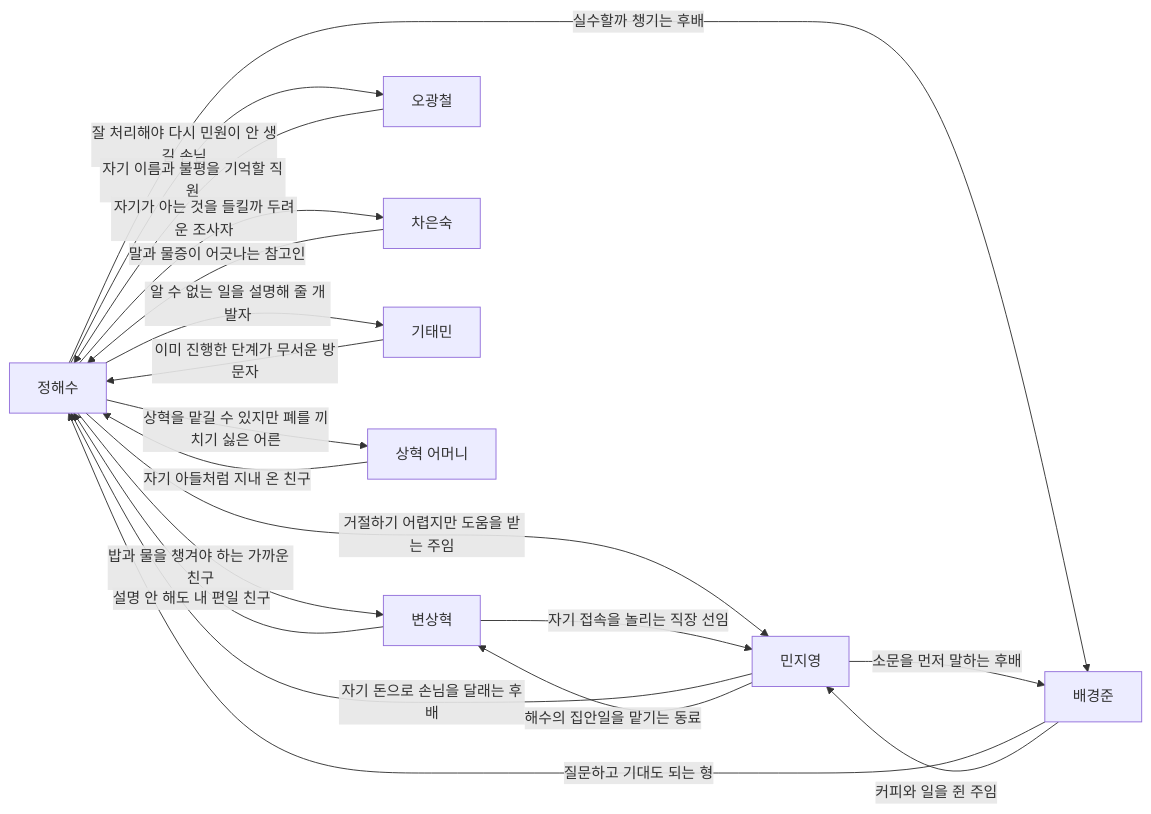
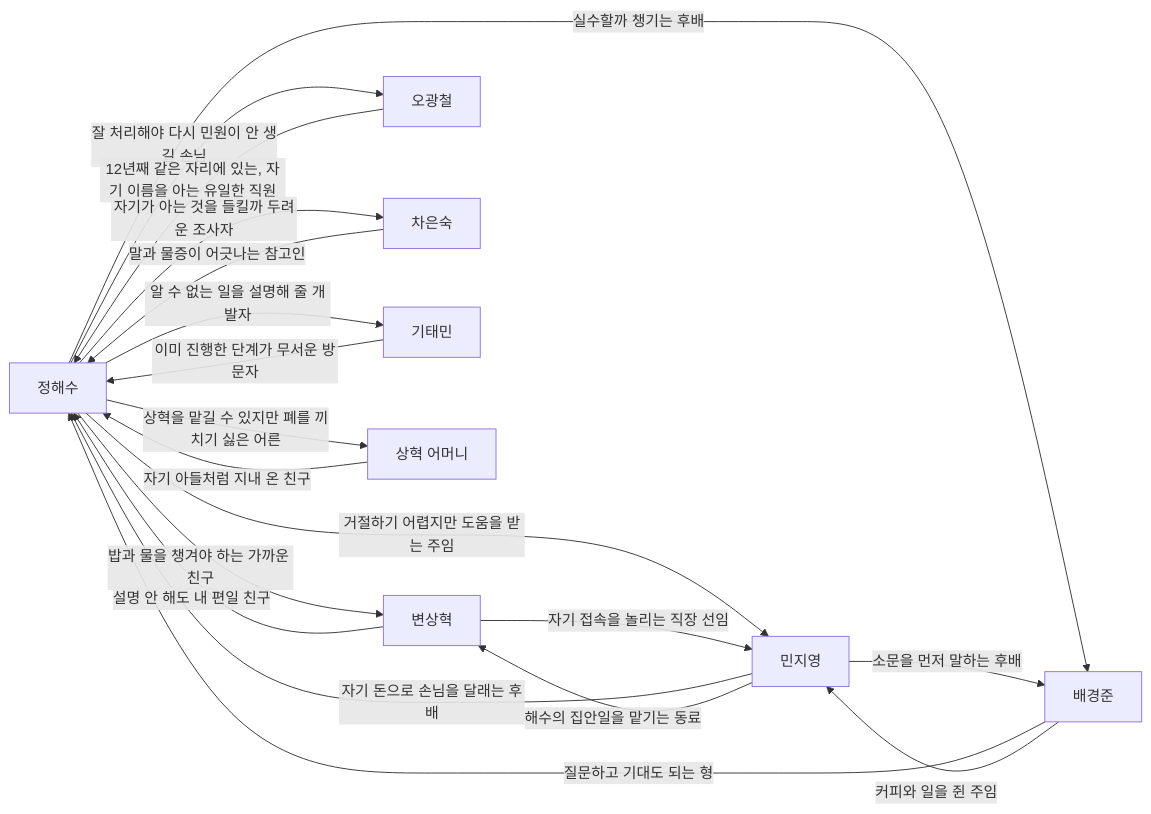
The sixth of 6 diagrams in docs/narrative/relationships.ko.md (uiwwsw/yavn), drawn with Mermaid before and after one commit. The commit also changed other lines of this file and 73 other files, not shown here.

````diff
--- a/docs/narrative/relationships.ko.md
+++ b/docs/narrative/relationships.ko.md
@@ -204,29 +205,29 @@
 ```mermaid
 graph LR
   p0["정해수"]
   p1["변상혁"]
   p2["민지영"]
   p3["배경준"]
   p4["오광철"]
   p5["차은숙"]
   p6["기태민"]
   p7["상혁 어머니"]
   p0 -->|"밥과 물을 챙겨야 하는 가까운 친구"| p1
   p1 -->|"설명 안 해도 내 편일 친구"| p0
   p0 -->|"거절하기 어렵지만 도움을 받는 주임"| p2
   p2 -->|"자기 돈으로 손님을 달래는 후배"| p0
   p0 -->|"실수할까 챙기는 후배"| p3
   p3 -->|"질문하고 기대도 되는 형"| p0
   p0 -->|"잘 처리해야 다시 민원이 안 생길 손님"| p4
-  p4 -->|"자기 이름과 불평을 기억할 직원"| p0
+  p4 -->|"12년째 같은 자리에 있는, 자기 이름을 아는 유일한 직원"| p0
   p0 -->|"자기가 아는 것을 들킬까 두려운 조사자"| p5
   p5 -->|"말과 물증이 어긋나는 참고인"| p0
   p0 -->|"알 수 없는 일을 설명해 줄 개발자"| p6
   p6 -->|"이미 진행한 단계가 무서운 방문자"| p0
   p0 -->|"상혁을 맡길 수 있지만 폐를 끼치기 싫은 어른"| p7
   p7 -->|"자기 아들처럼 지내 온 친구"| p0
   p2 -->|"소문을 먼저 말하는 후배"| p3
   p3 -->|"커피와 일을 쥔 주임"| p2
   p1 -->|"자기 접속을 놀리는 직장 선임"| p2
   p2 -->|"해수의 집안일을 맡기는 동료"| p1
 ```
````
